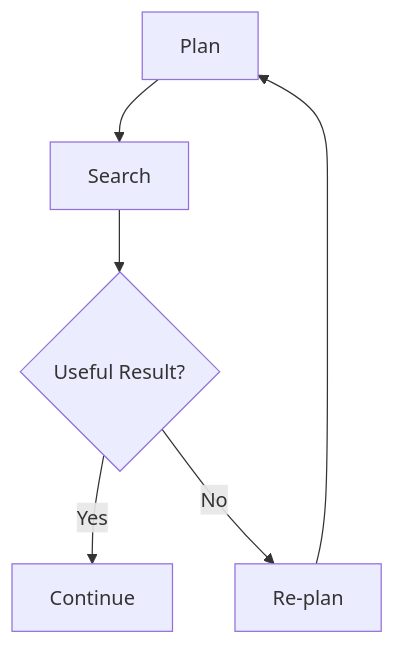
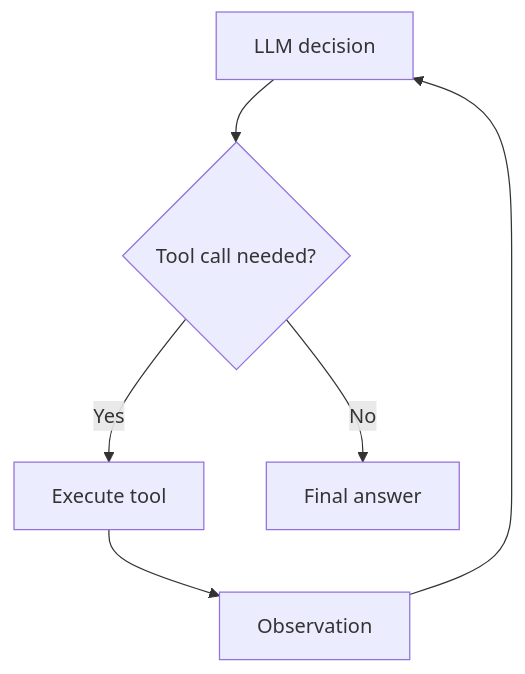
One commit to MihirKJha/enterprise-ai-engineering-handbook changed the fourth of 8 diagrams in docs/08-ai-engineering-frameworks/langgraph/18-graph-based-agent-architecture.md. Above: the diagram before and after it, drawn with Mermaid. The commit also changed other lines of this file and 10 other files, not shown here.

````diff
--- a/docs/08-ai-engineering-frameworks/langgraph/18-graph-based-agent-architecture.md
+++ b/docs/08-ai-engineering-frameworks/langgraph/18-graph-based-agent-architecture.md
@@ -715,13 +133,8 @@
 ```mermaid
 flowchart TD
-
-    A[Plan] --> B[Search]
-
-    B --> C{Useful Result?}
-
-    C -->|Yes| D[Continue]
-
-    C -->|No| E[Re-plan]
-
-    E --> A
+    A[LLM decision] --> B{Tool call needed?}
+    B -->|Yes| C[Execute tool]
+    C --> D[Observation]
+    D --> A
+    B -->|No| E[Final answer]
 ```
````
